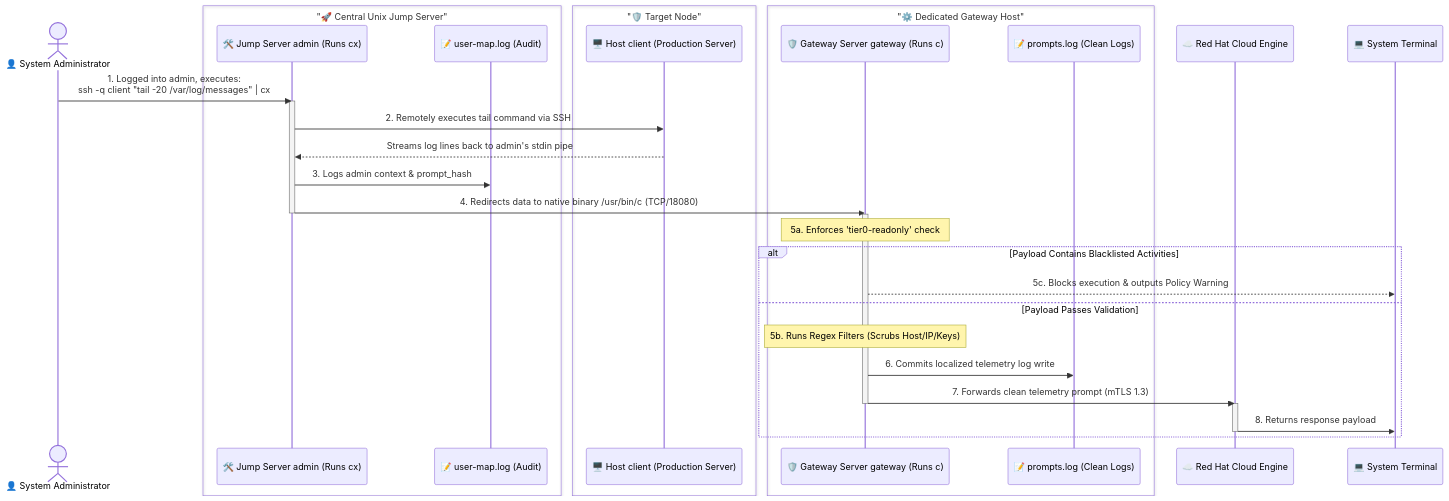
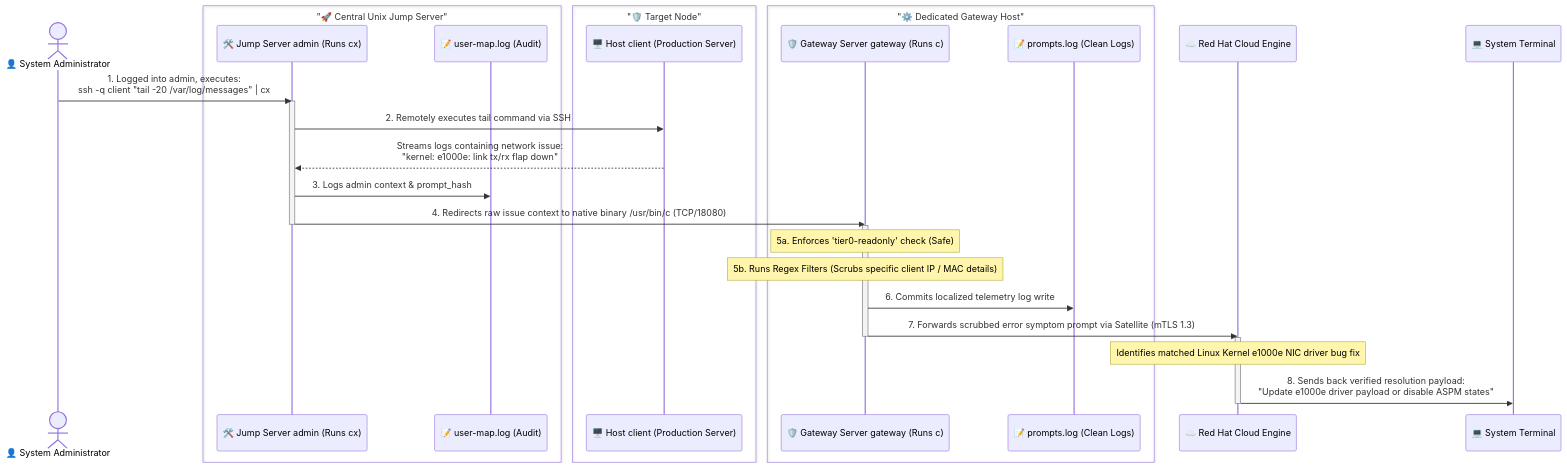
The diagram in future-arch.md (kumarj04/cla-gateway), drawn with Mermaid before and after one commit.

Commit message:
Revise network drop issue resolution steps in future-arch
Updated the flow to include detailed steps for identifying and resolving a network drop issue, including log retrieval and driver bug fix.

````diff
--- a/future-arch.md
+++ b/future-arch.md
@@ -1,49 +1,45 @@
 ```mermaid
 sequenceDiagram
     actor AdminUser as 👤 System Administrator
     
     box "🚀 Central Unix Jump Server"
         participant admin as 🛠️ Jump Server admin (Runs cx)
         participant Log1 as 📝 user-map.log (Audit)
     end
 
     box "🛡️ Target Node"
         participant client as 🖥️ Host client (Production Server)
     end
     
     box "⚙️ Dedicated Gateway Host"
         participant gateway as 🛡️ Gateway Server gateway (Runs c)
         participant Log2 as 📝 prompts.log (Clean Logs)
     end
     
     participant Cloud as ☁️ Red Hat Cloud Engine
     participant Term as 💻 System Terminal
 
-    %% Step 1 lands directly on admin, because that's where the user is logged in
+    %% Step 1: User enters command looking for an active connection dropping issue
     AdminUser->>admin: 1. Logged into admin, executes:<br>ssh -q client "tail -20 /var/log/messages" | cx
     activate admin
     
-    %% admin then triggers the remote execution over to the client
+    %% Step 2: The logs are pulled and reveal a core network drop error
     admin->>client: 2. Remotely executes tail command via SSH
-    client-->>admin: Streams log lines back to admin's stdin pipe
+    client-->>admin: Streams logs containing network issue:<br>"kernel: e1000e: link tx/rx flap down"
     
     admin->>Log1: 3. Logs admin context & prompt_hash
-    admin->>gateway: 4. Redirects data to native binary /usr/bin/c (TCP/18080)
+    admin->>gateway: 4. Redirects raw issue context to native binary /usr/bin/c (TCP/18080)
     deactivate admin
     
     activate gateway
-    Note over gateway: 5a. Enforces 'tier0-readonly' check
+    Note over gateway: 5a. Enforces 'tier0-readonly' check (Safe)
+    Note over gateway: 5b. Runs Regex Filters (Scrubs specific client IP / MAC details)
+    gateway->>Log2: 6. Commits localized telemetry log write
+    gateway->>Cloud: 7. Forwards scrubbed error symptom prompt via Satellite (mTLS 1.3)
+    deactivate gateway
     
-    alt Payload Contains Blacklisted Activities
-        gateway-->>Term: 5c. Blocks execution & outputs Policy Warning
-    else Payload Passes Validation
-        Note over gateway: 5b. Runs Regex Filters (Scrubs Host/IP/Keys)
-        gateway->>Log2: 6. Commits localized telemetry log write
-        gateway->>Cloud: 7. Forwards clean telemetry prompt (mTLS 1.3)
-        deactivate gateway
-        
-        activate Cloud
-        Cloud->>Term: 8. Returns response payload
-        deactivate Cloud
-    end
+    activate Cloud
+    Note over Cloud: Identifies matched Linux Kernel e1000e NIC driver bug fix
+    Cloud->>Term: 8. Sends back verified resolution payload:<br>"Update e1000e driver payload or disable ASPM states"
+    deactivate Cloud
 ```
````
